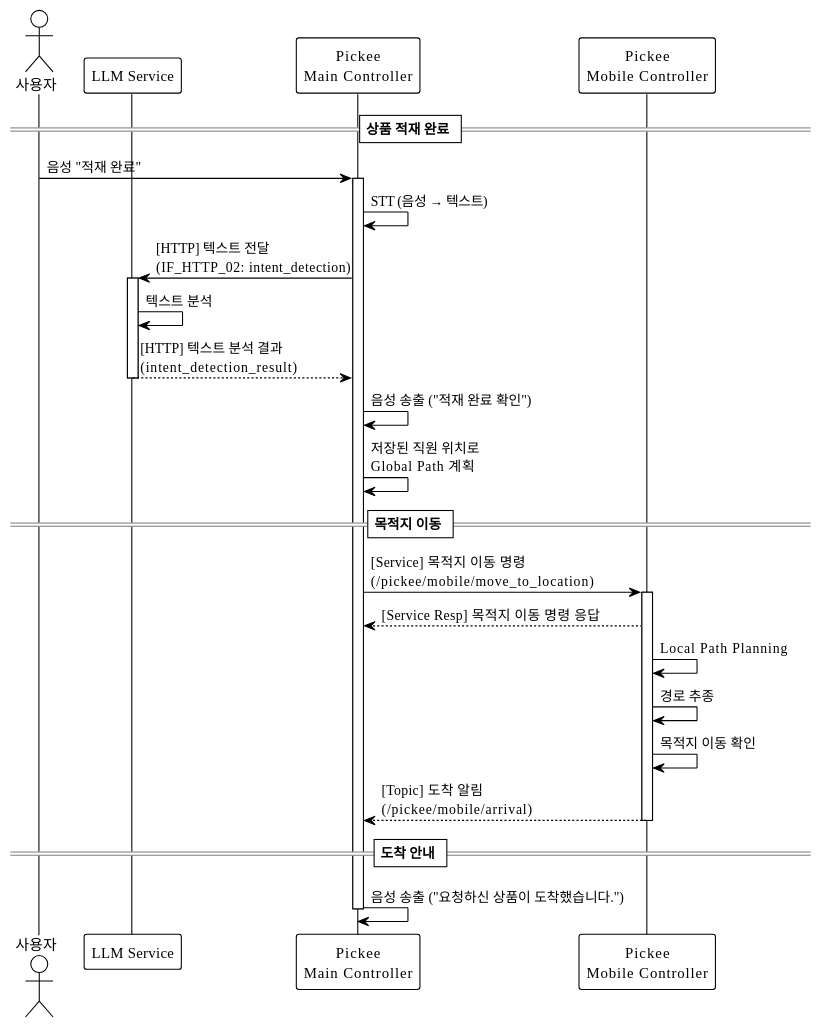
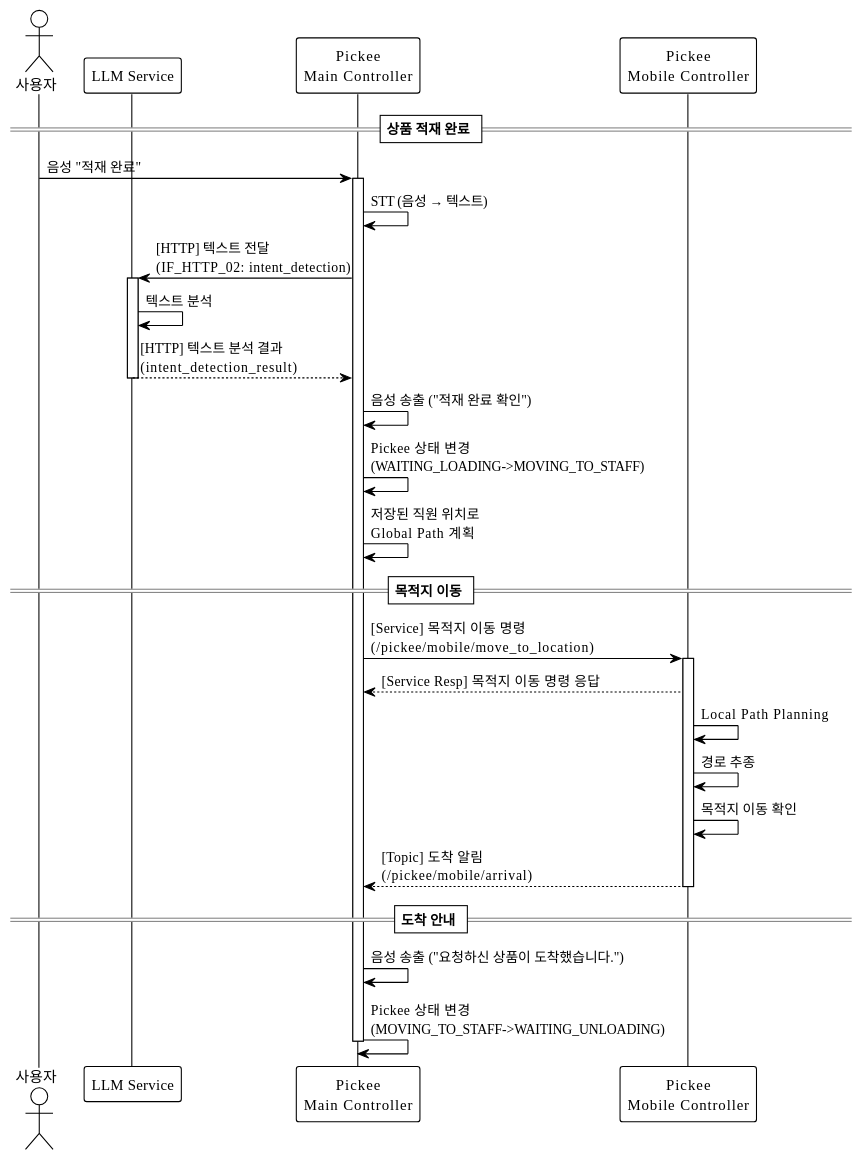
One commit to addinedu-roscamp-7th/roscamp-repo-1 changed the diagram in docs/SequenceDiagram/SC_06_5.md. Above: the diagram before and after it, drawn with PlantUML. The commit also changed 18 other files, not shown here.

```diff
--- a/docs/SequenceDiagram/SC_06_5.md
+++ b/docs/SequenceDiagram/SC_06_5.md
@@ -1,40 +1,46 @@
 @startuml SC_06_5_Pickee_적재완료및이동
 !theme plain
 
 actor 사용자
-participant "LLM Service" as LLM
-participant "Pickee\nMain Controller" as MainCtrl
-participant "Pickee\nMobile Controller" as MobileCtrl
+participant "LLM Service" as llm
+participant "Pickee\nMain Controller" as pickee_main
+participant "Pickee\nMobile Controller" as pickee_mobile
 
 == 상품 적재 완료 ==
 
-사용자 -> MainCtrl: 음성 "적재 완료"
-activate MainCtrl
-MainCtrl -> MainCtrl: STT (음성 → 텍스트)
-MainCtrl -> LLM: [HTTP] 텍스트 전달\n(IF_HTTP_02: intent_detection)
-activate LLM
-LLM -> LLM: 텍스트 분석
-LLM --> MainCtrl: [HTTP] 텍스트 분석 결과\n(intent_detection_result)
-deactivate LLM
+사용자 -> pickee_main: 음성 "적재 완료"
+activate pickee_main
+pickee_main -> pickee_main: STT (음성 → 텍스트)
+pickee_main -> llm: [HTTP] 텍스트 전달\n(IF_HTTP_02: intent_detection)
+activate llm
+llm -> llm: 텍스트 분석
+llm --> pickee_main: [HTTP] 텍스트 분석 결과\n(intent_detection_result)
+deactivate llm
 
-MainCtrl -> MainCtrl: 음성 송출 ("적재 완료 확인")
-MainCtrl -> MainCtrl: 저장된 직원 위치로\nGlobal Path 계획
+pickee_main -> pickee_main: 음성 송출 ("적재 완료 확인")
+
+pickee_main -> pickee_main: Pickee 상태 변경\n(WAITING_LOADING->MOVING_TO_STAFF)
+
+pickee_main -> pickee_main: 저장된 직원 위치로\nGlobal Path 계획
 
 == 목적지 이동 ==
 
-MainCtrl -> MobileCtrl: [Service] 목적지 이동 명령\n(/pickee/mobile/move_to_location)
-activate MobileCtrl
-MobileCtrl --> MainCtrl: [Service Resp] 목적지 이동 명령 응답
+pickee_main -> pickee_mobile: [Service] 목적지 이동 명령\n(/pickee/mobile/move_to_location)
+activate pickee_mobile
+pickee_mobile --> pickee_main: [Service Resp] 목적지 이동 명령 응답
 
-MobileCtrl -> MobileCtrl: Local Path Planning
-MobileCtrl -> MobileCtrl: 경로 추종
-MobileCtrl -> MobileCtrl: 목적지 이동 확인
-MobileCtrl --> MainCtrl: [Topic] 도착 알림\n(/pickee/mobile/arrival)
-deactivate MobileCtrl
+pickee_mobile -> pickee_mobile: Local Path Planning
+pickee_mobile -> pickee_mobile: 경로 추종
+pickee_mobile -> pickee_mobile: 목적지 이동 확인
+pickee_mobile --> pickee_main: [Topic] 도착 알림\n(/pickee/mobile/arrival)
+deactivate pickee_mobile
 
 == 도착 안내 ==
 
-MainCtrl -> MainCtrl: 음성 송출 ("요청하신 상품이 도착했습니다.")
-deactivate MainCtrl
+pickee_main -> pickee_main: 음성 송출 ("요청하신 상품이 도착했습니다.")
+
+pickee_main -> pickee_main: Pickee 상태 변경\n(MOVING_TO_STAFF->WAITING_UNLOADING)
+
+deactivate pickee_main
 
 @enduml
```
